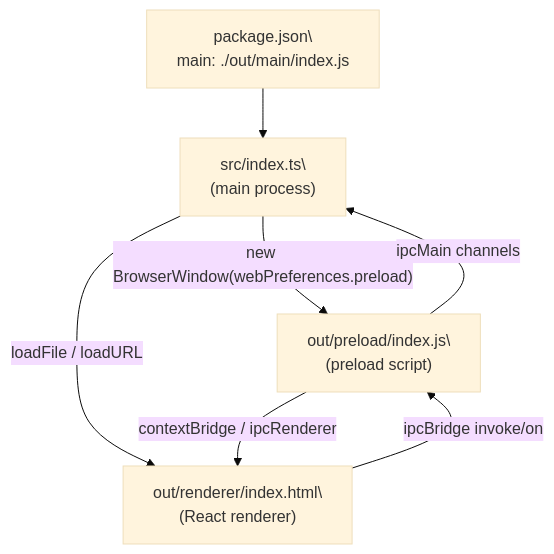
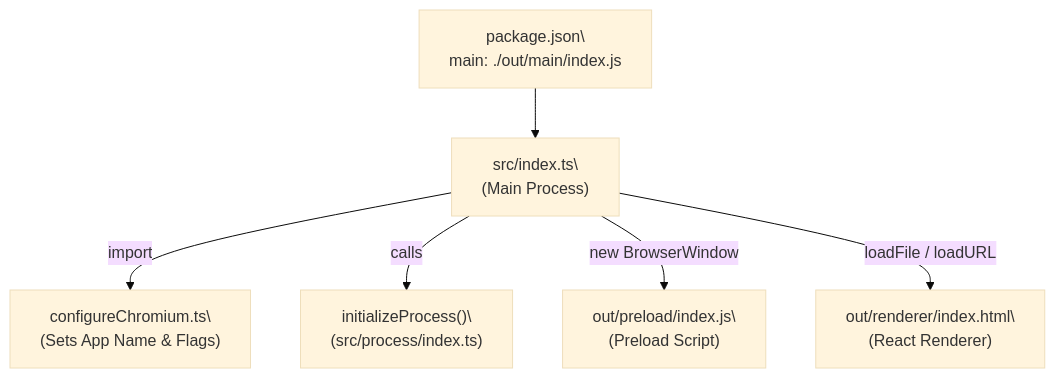
One commit to blackcater/zentree changed the first of 4 diagrams in docs/iOfficeAI_AionUi/architecture/electron-framework.md. Above: the diagram before and after it, drawn with Mermaid (base theme). The commit also changed other lines of this file and 232 other files, not shown here.

````diff
--- a/docs/iOfficeAI_AionUi/architecture/electron-framework.md
+++ b/docs/iOfficeAI_AionUi/architecture/electron-framework.md
@@ -30,18 +45,21 @@
 ```mermaid
 graph TD
   pkg["package.json\
 main: ./out/main/index.js"]
+  confChrom["configureChromium.ts\
+(Sets App Name & Flags)"]
   main["src/index.ts\
-(main process)"]
+(Main Process)"]
+  initProc["initializeProcess()\
+(src/process/index.ts)"]
   preload["out/preload/index.js\
-(preload script)"]
+(Preload Script)"]
   renderer["out/renderer/index.html\
-(React renderer)"]
+(React Renderer)"]
 
   pkg --> main
-  main -->|"new BrowserWindow(webPreferences.preload)"| preload
+  main -->|"import"| confChrom
+  main -->|"calls"| initProc
+  main -->|"new BrowserWindow"| preload
   main -->|"loadFile / loadURL"| renderer
-  preload -->|"contextBridge / ipcRenderer"| renderer
-  renderer -->|"ipcBridge invoke/on"| preload
-  preload -->|"ipcMain channels"| main
 ```
````
